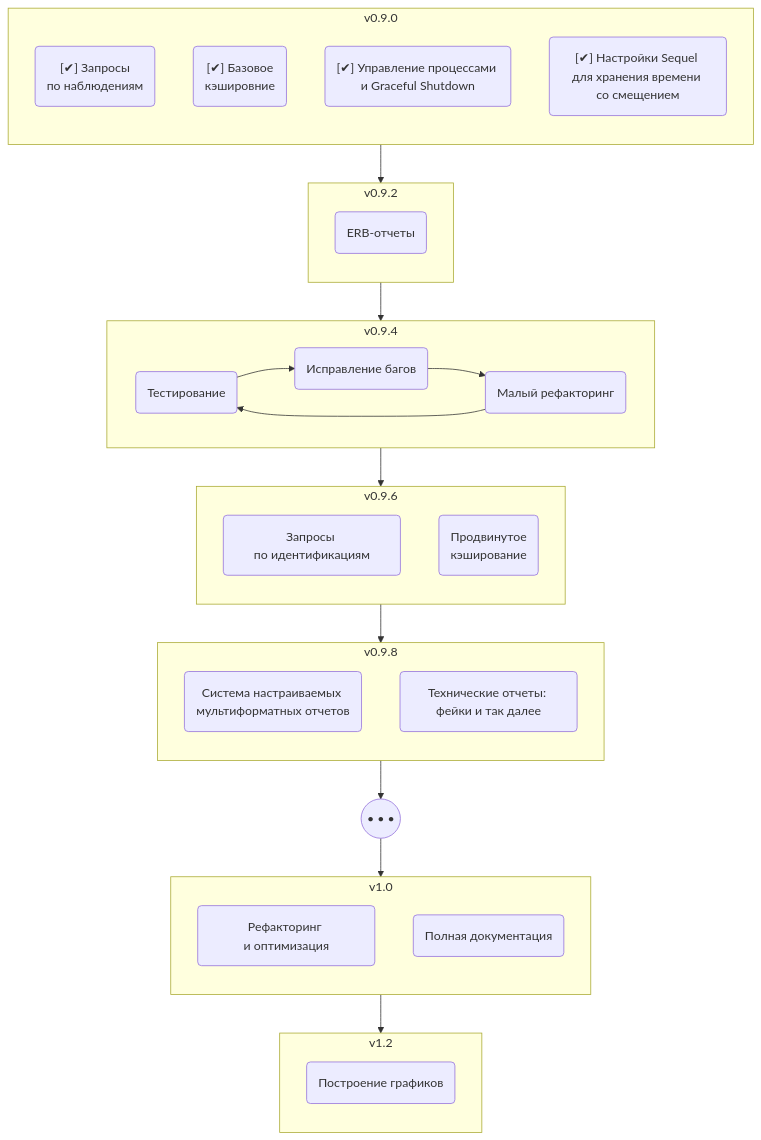
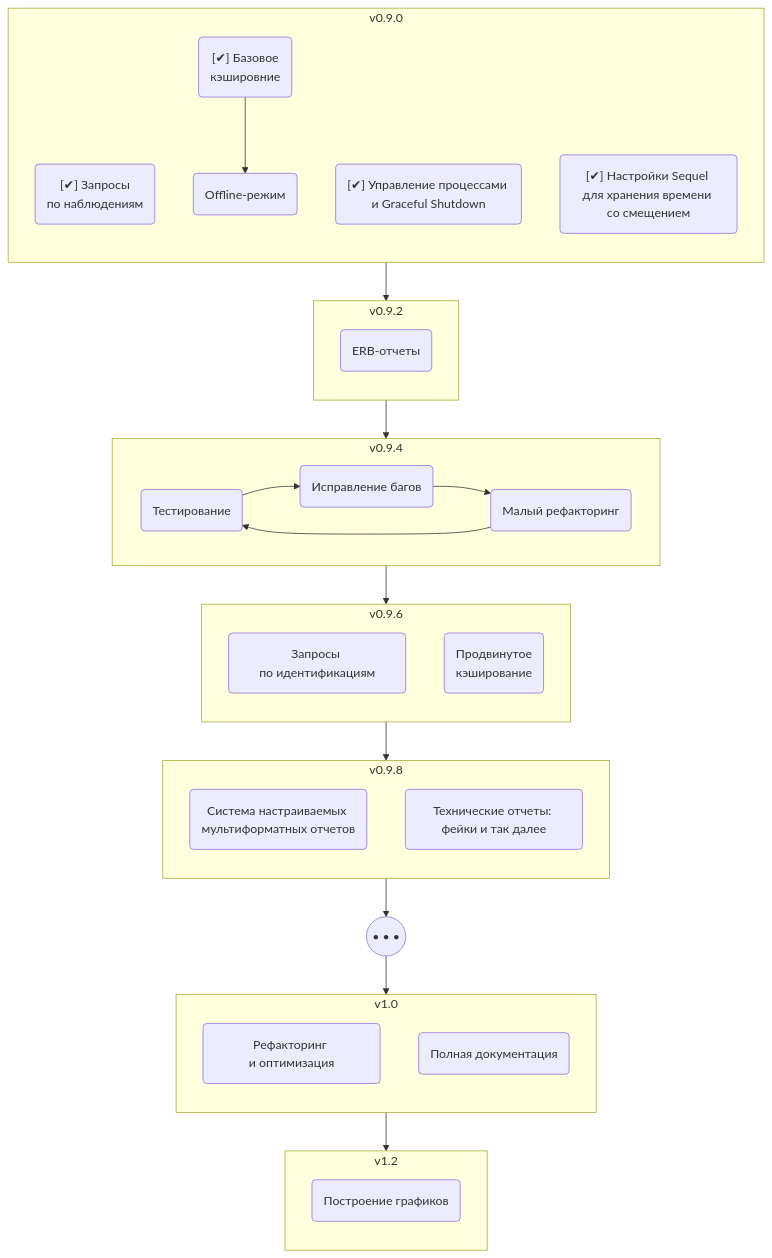
One commit to inat-get/inat-get changed the diagram in share/inat-get/dev-docs/roadmap.md. Above: the diagram before and after it, drawn with Mermaid.

Commit message:
minor in roadmap

````diff
--- a/share/inat-get/dev-docs/roadmap.md
+++ b/share/inat-get/dev-docs/roadmap.md
@@ -2,60 +2,63 @@
 ```mermaid
 flowchart TB
 
   subgraph R090 ["v0.9.0"]
     direction TB
     Observs("[✔] Запросы<br>по наблюдениям")
     Caching("[✔] Базовое<br>кэшировние")
     Shutdown("[✔] Управление процессами и Graceful Shutdown")
     Timing("[✔] Настройки Sequel для хранения времени со смещением")
+    Offline("Offline-режим")
   end
 
   subgraph R092 ["v0.9.2"]
     direction TB
     ERB("ERB-отчеты")
   end
 
   subgraph R094 ["v0.9.4"]
     direction LR
     Testing("Тестирование")
     Debugging("Исправление багов")
     Ref1("Малый рефакторинг")
   end
 
   subgraph R096 ["v0.9.6"]
     direction TB
     Idents("Запросы по идентификациям")
     AdvCaching("Продвинутое<br>кэширование")
   end
 
   subgraph R098 ["v0.9.8"]
     direction TB
     Reporting("Система настраиваемых мультиформатных отчетов")
     TechReps("Технические отчеты: фейки и так далее")
   end
 
   Smth(("• • •"))
 
   subgraph R100 ["v1.0"]
     direction TB
     Refactoring("Рефакторинг и оптимизация")
     Documenting("Полная документация")
   end
 
   subgraph R120 ["v1.2"]
     direction TB
     Graphics("Построение графиков")
   end
 
   R090 --> R092
   R092 --> R094
   R094 --> R096
   R096 --> R098
   R098 --> Smth
   Smth --> R100
   R100 --> R120
 
+  Caching --> Offline
+
   Testing --> Debugging
   Debugging --> Ref1
   Ref1 --> Testing
 ```
````
